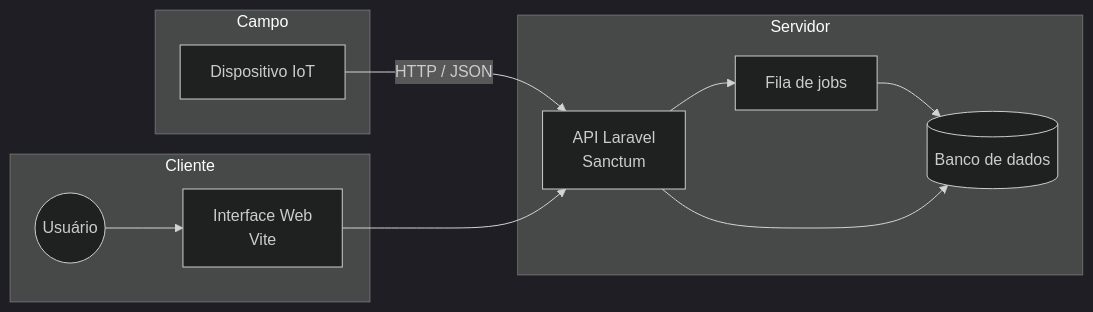
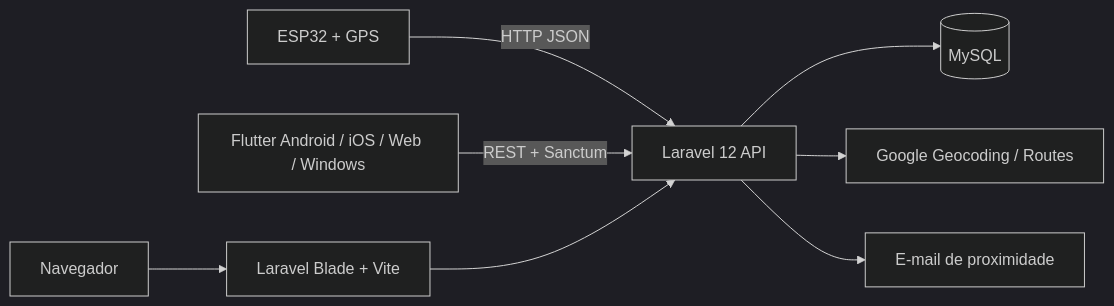
One commit to MuriloBreda/GeoSync changed the diagram in README.md. Above: the diagram before and after it, drawn with Mermaid (dark theme). The commit also changed other lines of this file and 4 other files, not shown here.

````diff
--- a/README.md
+++ b/README.md
@@ -93,24 +27,10 @@
 ```mermaid
 flowchart LR
-    subgraph Campo
-        D[Dispositivo IoT]
-    end
-
-    subgraph Servidor
-        API[API Laravel<br/>Sanctum]
-        Q[Fila de jobs]
-        DB[(Banco de dados)]
-    end
-
-    subgraph Cliente
-        WEB[Interface Web<br/>Vite]
-        U((Usuário))
-    end
-
-    D -->|HTTP / JSON| API
-    API --> Q
-    Q --> DB
-    API --> DB
-    U --> WEB
+    ESP[ESP32 + GPS] -->|HTTP JSON| API[Laravel 12 API]
+    APP[Flutter Android / iOS / Web / Windows] -->|REST + Sanctum| API
+    BROWSER[Navegador] --> WEB[Laravel Blade + Vite]
     WEB --> API
+    API --> DB[(MySQL)]
+    API --> MAPS[Google Geocoding / Routes]
+    API --> MAIL[E-mail de proximidade]
 ```
````
